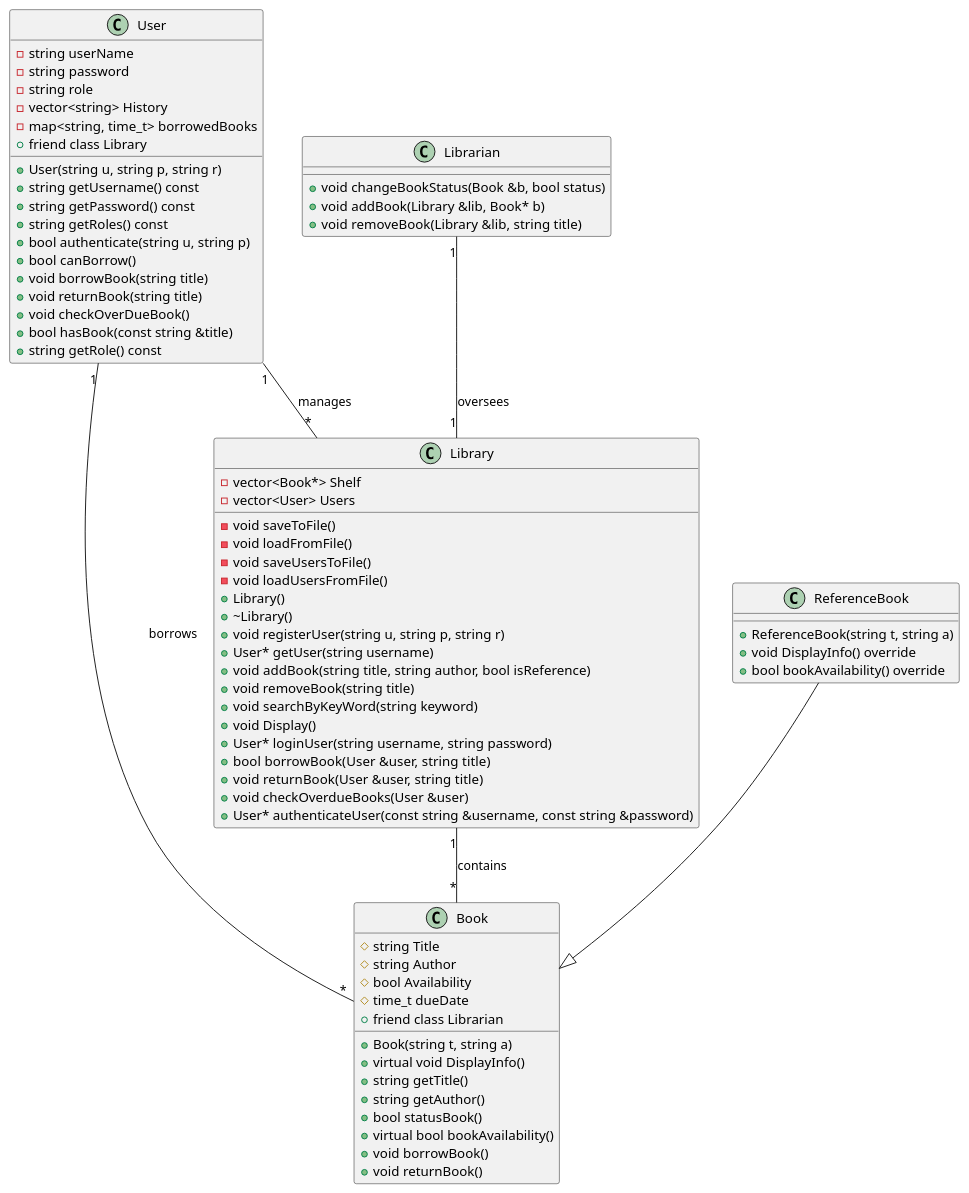
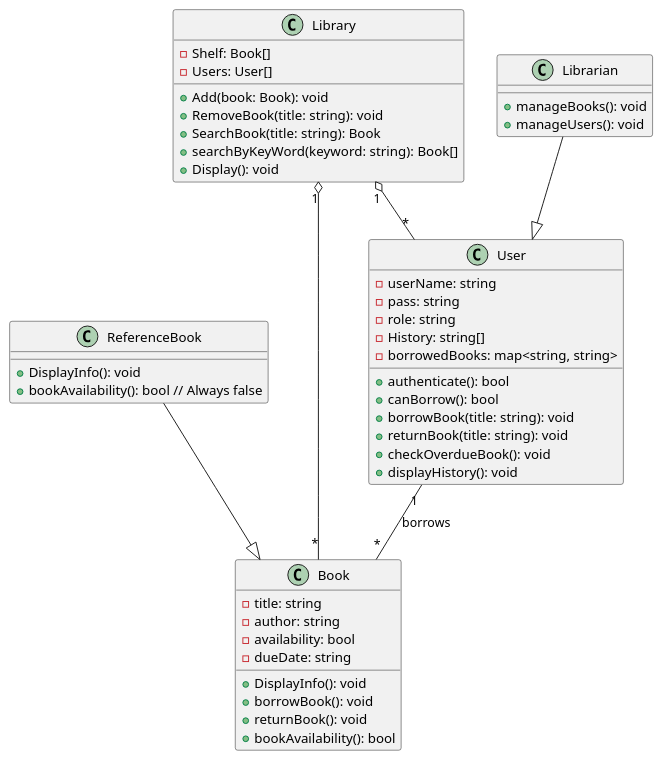
One commit to Yyl06/some-coding changed the diagram in C++/C++ Projects/Library System/System.puml. Above: the diagram before and after it, drawn with PlantUML. The commit also changed 2 other files, not shown here.

```diff
--- a/C++/C++ Projects/Library System/System.puml
+++ b/C++/C++ Projects/Library System/System.puml
@@ -1,79 +1,54 @@
 @startuml System.puml
 
+class Book {
+    - title: string
+    - author: string
+    - availability: bool
+    - dueDate: string
+    + DisplayInfo(): void
+    + borrowBook(): void
+    + returnBook(): void
+    + bookAvailability(): bool
+}
+
+class ReferenceBook {
+    + DisplayInfo(): void
+    + bookAvailability(): bool // Always false
+}
+
 class User {
-    - string userName
-    - string password
-    - string role
-    - vector<string> History
-    - map<string, time_t> borrowedBooks
-    + User(string u, string p, string r)
-    + string getUsername() const
-    + string getPassword() const
-    + string getRoles() const
-    + bool authenticate(string u, string p)
-    + bool canBorrow()
-    + void borrowBook(string title)
-    + void returnBook(string title)
-    + void checkOverDueBook()
-    + bool hasBook(const string &title)
-    + string getRole() const
-    + friend class Library
+    - userName: string
+    - pass: string
+    - role: string
+    - History: string[]
+    - borrowedBooks: map<string, string>
+    + authenticate(): bool
+    + canBorrow(): bool
+    + borrowBook(title: string): void
+    + returnBook(title: string): void
+    + checkOverdueBook(): void
+    + displayHistory(): void
 }
 
 class Library {
-    - vector<Book*> Shelf
-    - vector<User> Users
-    - void saveToFile()
-    - void loadFromFile()
-    - void saveUsersToFile()
-    - void loadUsersFromFile()
-    + Library()
-    + ~Library()
-    + void registerUser(string u, string p, string r)
-    + User* getUser(string username)
-    + void addBook(string title, string author, bool isReference)
-    + void removeBook(string title)
-    + void searchByKeyWord(string keyword)
-    + void Display()
-    + User* loginUser(string username, string password)
-    + bool borrowBook(User &user, string title)
-    + void returnBook(User &user, string title)
-    + void checkOverdueBooks(User &user)
-    + User* authenticateUser(const string &username, const string &password)
+    - Shelf: Book[]
+    - Users: User[]
+    + Add(book: Book): void
+    + RemoveBook(title: string): void
+    + SearchBook(title: string): Book
+    + searchByKeyWord(keyword: string): Book[]
+    + Display(): void
 }
 
 class Librarian {
-    + void changeBookStatus(Book &b, bool status)
-    + void addBook(Library &lib, Book* b)
-    + void removeBook(Library &lib, string title)
+    + manageBooks(): void
+    + manageUsers(): void
 }
 
-class Book {
-    # string Title
-    # string Author
-    # bool Availability
-    # time_t dueDate
-    + Book(string t, string a)
-    + virtual void DisplayInfo()
-    + string getTitle()
-    + string getAuthor()
-    + bool statusBook()
-    + virtual bool bookAvailability()
-    + void borrowBook()
-    + void returnBook()
-    + friend class Librarian
-}
-
-class ReferenceBook {
-    + ReferenceBook(string t, string a)
-    + void DisplayInfo() override
-    + bool bookAvailability() override
-}
-
-User "1" -- "*" Library : manages
-Library "1" -- "*" Book : contains
+ReferenceBook --|> Book
+Library "1" o-- "*" Book
+Library "1" o-- "*" User
 User "1" -- "*" Book : borrows
-Librarian "1" -- "1" Library : oversees
-ReferenceBook --|> Book
+Librarian --|> User
 
 @enduml
```
